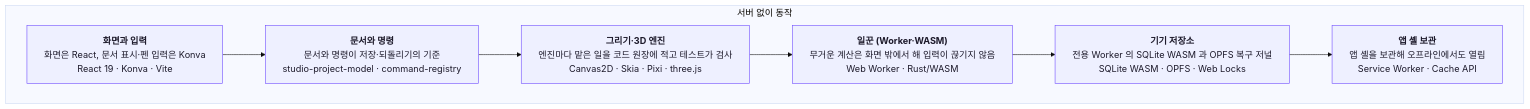
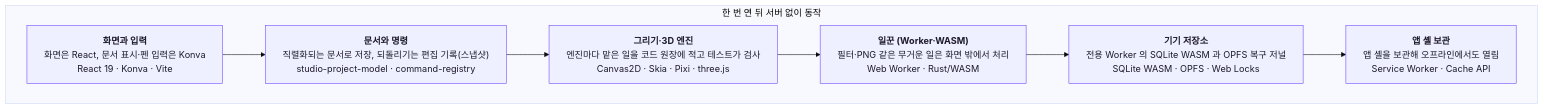
Before and after one commit to blue45f/toonstudio: the second of 13 diagrams in docs/technology/engineering-architecture.md, drawn with Mermaid (base theme). The commit also changed other lines of this file and 9 other files, not shown here.

````diff
--- a/docs/technology/engineering-architecture.md
+++ b/docs/technology/engineering-architecture.md
@@ -111,29 +111,29 @@
 ```mermaid
 %%{init: {"flowchart": {"wrappingWidth": 420}}}%%
 flowchart TB
   ui["<b>화면과 입력</b><br/>화면은 React, 문서 표시·펜 입력은 Konva<br/>React 19 · Konva · Vite"]
-  document["<b>문서와 명령</b><br/>문서와 명령이 저장·되돌리기의 기준<br/>studio-project-model · command-registry"]
+  document["<b>문서와 명령</b><br/>직렬화되는 문서로 저장, 되돌리기는 편집 기록(스냅샷)<br/>studio-project-model · command-registry"]
   engines["<b>그리기·3D 엔진</b><br/>엔진마다 맡은 일을 코드 원장에 적고 테스트가 검사<br/>Canvas2D · Skia · Pixi · three.js"]
-  workers["<b>일꾼 (Worker·WASM)</b><br/>무거운 계산은 화면 밖에서 해 입력이 끊기지 않음<br/>Web Worker · Rust/WASM"]
+  workers["<b>일꾼 (Worker·WASM)</b><br/>필터·PNG 같은 무거운 일은 화면 밖에서 처리<br/>Web Worker · Rust/WASM"]
   storage["<b>기기 저장소</b><br/>전용 Worker 의 SQLite WASM 과 OPFS 복구 저널<br/>SQLite WASM · OPFS · Web Locks"]
   shell["<b>앱 셸 보관</b><br/>앱 셸을 보관해 오프라인에서도 열림<br/>Service Worker · Cache API"]
   ui --> document
   document --> engines
   engines --> workers
   workers --> storage
   storage --> shell
   style ui fill:#eef0ff,stroke:#6d4aff,color:#1d1a2b
   style document fill:#eef0ff,stroke:#6d4aff,color:#1d1a2b
   style engines fill:#eef0ff,stroke:#6d4aff,color:#1d1a2b
   style workers fill:#eef0ff,stroke:#6d4aff,color:#1d1a2b
   style storage fill:#eef0ff,stroke:#6d4aff,color:#1d1a2b
   style shell fill:#eef0ff,stroke:#6d4aff,color:#1d1a2b
-  subgraph bracket1["서버 없이 동작"]
+  subgraph bracket1["한 번 연 뒤 서버 없이 동작"]
     ui
     document
     engines
     workers
     storage
     shell
   end
 ```
````
